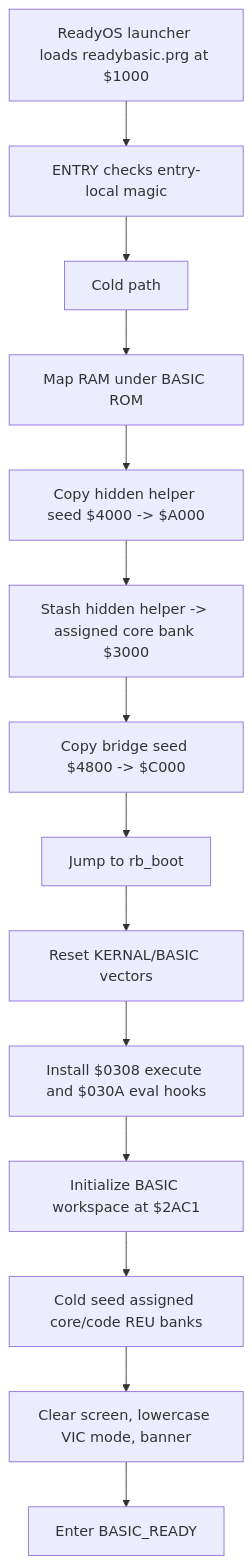
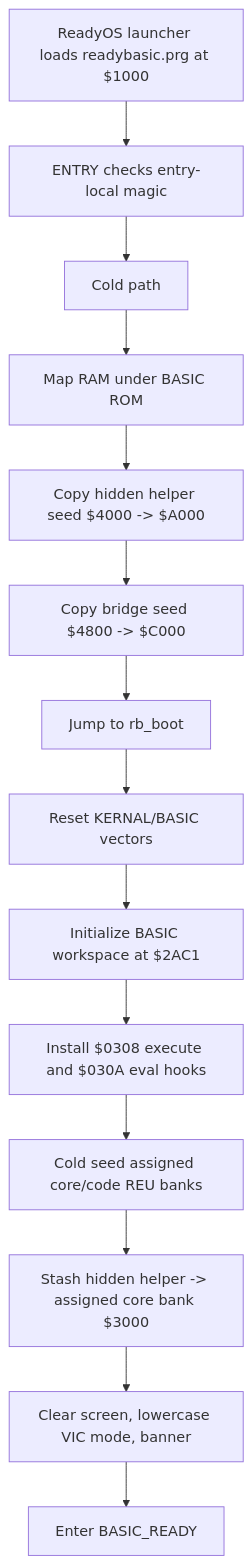
One commit to ReadyOS-C64/ReadyOs changed the third of 7 diagrams in src/apps/readybasic/READYBASIC_LIFECYCLE_AND_REU_ARCHITECTURE.md. Above: the diagram before and after it, drawn with Mermaid. The commit also changed other lines of this file and 31 other files, not shown here.

````diff
--- a/src/apps/readybasic/READYBASIC_LIFECYCLE_AND_REU_ARCHITECTURE.md
+++ b/src/apps/readybasic/READYBASIC_LIFECYCLE_AND_REU_ARCHITECTURE.md
@@ -387,19 +343,19 @@
 ```mermaid
 flowchart TD
   L["ReadyOS launcher loads readybasic.prg at $1000"]
   E["ENTRY checks entry-local magic"]
   C["Cold path"]
   H1["Map RAM under BASIC ROM"]
   H2["Copy hidden helper seed $4000 -> $A000"]
   H3["Stash hidden helper -> assigned core bank $3000"]
   B1["Copy bridge seed $4800 -> $C000"]
   RB["Jump to rb_boot"]
   V["Reset KERNAL/BASIC vectors"]
   I["Install $0308 execute and $030A eval hooks"]
   W["Initialize BASIC workspace at $2AC1"]
   S["Cold seed assigned core/code REU banks"]
   P["Clear screen, lowercase VIC mode, banner"]
   R["Enter BASIC_READY"]
 
-  L --> E --> C --> H1 --> H2 --> H3 --> B1 --> RB --> V --> I --> W --> S --> P --> R
+  L --> E --> C --> H1 --> H2 --> B1 --> RB --> V --> W --> I --> S --> H3 --> P --> R
 ```
````
